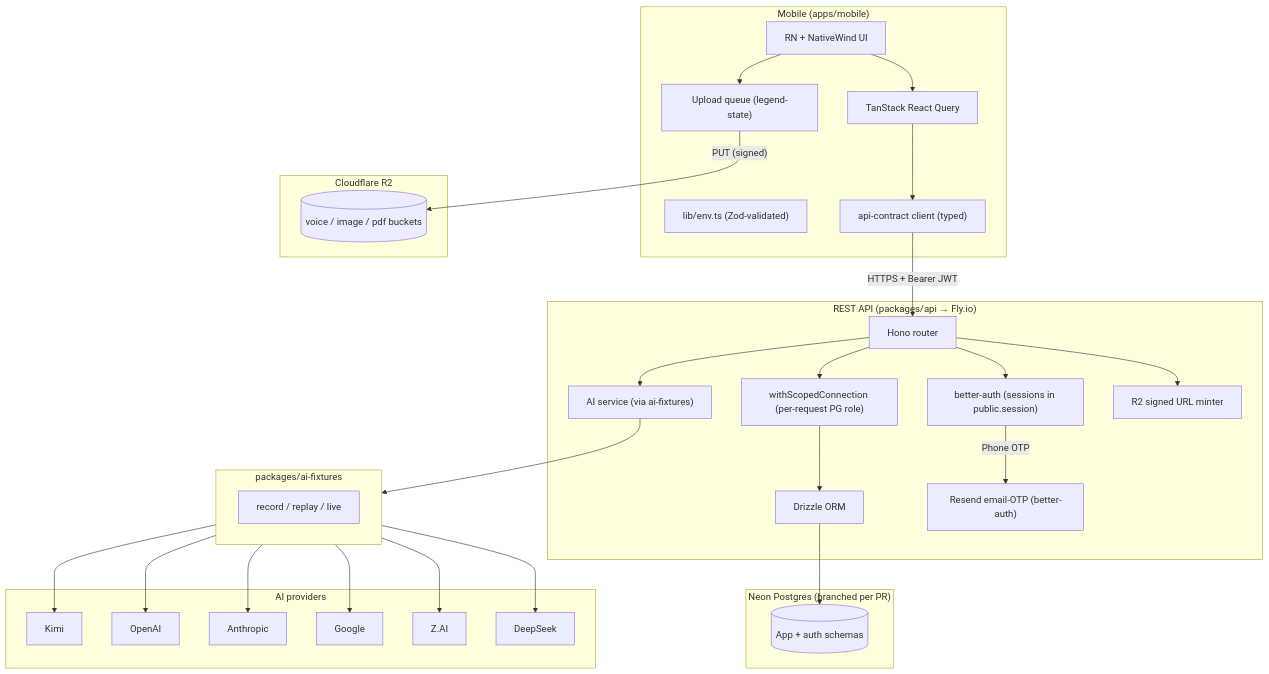
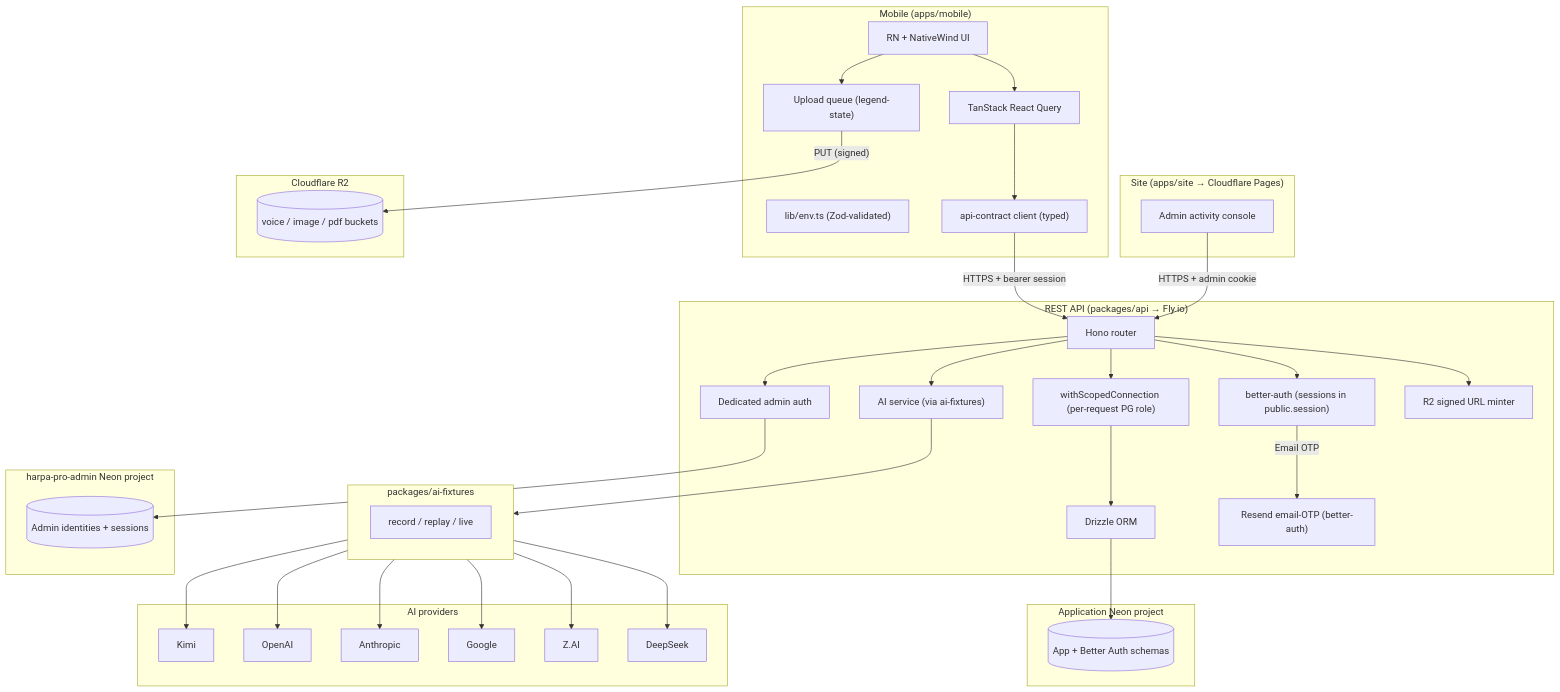
One commit to patrickchin/harpa-pro changed the diagram in docs/v4/architecture.md. Above: the diagram before and after it, drawn with Mermaid. The commit also changed other lines of this file and 74 other files, not shown here.

````diff
--- a/docs/v4/architecture.md
+++ b/docs/v4/architecture.md
@@ -26,51 +26,62 @@
 ```mermaid
 flowchart TB
     subgraph Mobile["Mobile (apps/mobile)"]
         UI["RN + NativeWind UI"]
         RQ["TanStack React Query"]
         QUEUE["Upload queue (legend-state)"]
         ENV["lib/env.ts (Zod-validated)"]
         APIC["api-contract client (typed)"]
     end
 
+    subgraph Site["Site (apps/site → Cloudflare Pages)"]
+        ADMINUI["Admin activity console"]
+    end
+
     subgraph API["REST API (packages/api → Fly.io)"]
         HONO["Hono router"]
         SCOPE["withScopedConnection (per-request PG role)"]
         BA["better-auth (sessions in public.session)"]
+        ADMINAUTH["Dedicated admin auth"]
         DRIZZLE["Drizzle ORM"]
         AISVC["AI service (via ai-fixtures)"]
         OTP["Resend email-OTP (better-auth)"]
         R2SIGN["R2 signed URL minter"]
     end
 
-    subgraph Neon["Neon Postgres (branched per PR)"]
-        PG[("App + auth schemas")]
+    subgraph Neon["Application Neon project"]
+        PG[("App + Better Auth schemas")]
+    end
+
+    subgraph AdminNeon["harpa-pro-admin Neon project"]
+        ADMINPG[("Admin identities + sessions")]
     end
 
     subgraph R2["Cloudflare R2"]
         FILES[("voice / image / pdf buckets")]
     end
 
     subgraph AI["AI providers"]
         K[Kimi]
         OAI[OpenAI]
         ANT[Anthropic]
         G[Google]
         ZAI[Z.AI]
         DS[DeepSeek]
     end
 
     subgraph FIX["packages/ai-fixtures"]
         REC["record / replay / live"]
     end
 
     UI --> RQ --> APIC
     UI --> QUEUE
-    APIC -- "HTTPS + Bearer JWT" --> HONO
+    APIC -- "HTTPS + bearer session" --> HONO
+    ADMINUI -- "HTTPS + admin cookie" --> HONO
     QUEUE -- "PUT (signed)" --> FILES
     HONO --> BA
+    HONO --> ADMINAUTH --> ADMINPG
     HONO --> SCOPE --> DRIZZLE --> PG
     HONO --> AISVC --> FIX --> K & OAI & ANT & G & ZAI & DS
     HONO --> R2SIGN
-    BA -- "Phone OTP" --> OTP
+    BA -- "Email OTP" --> OTP
 ```
````
